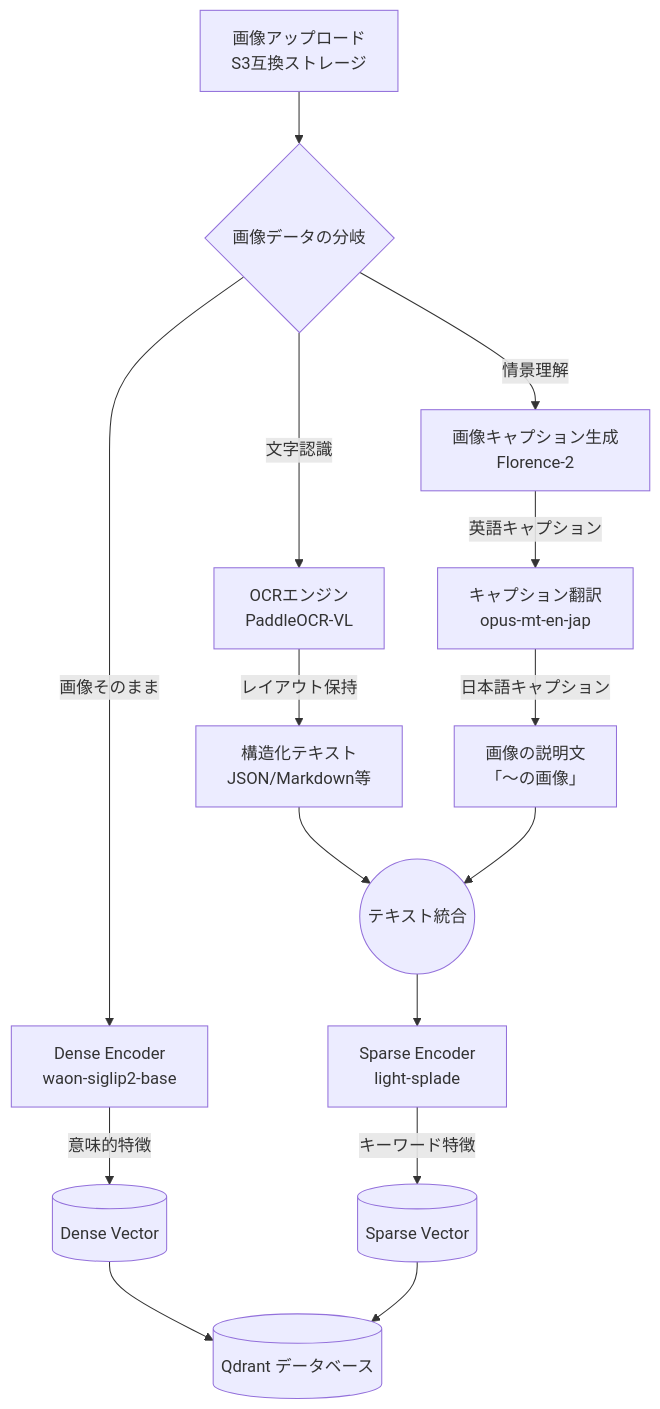
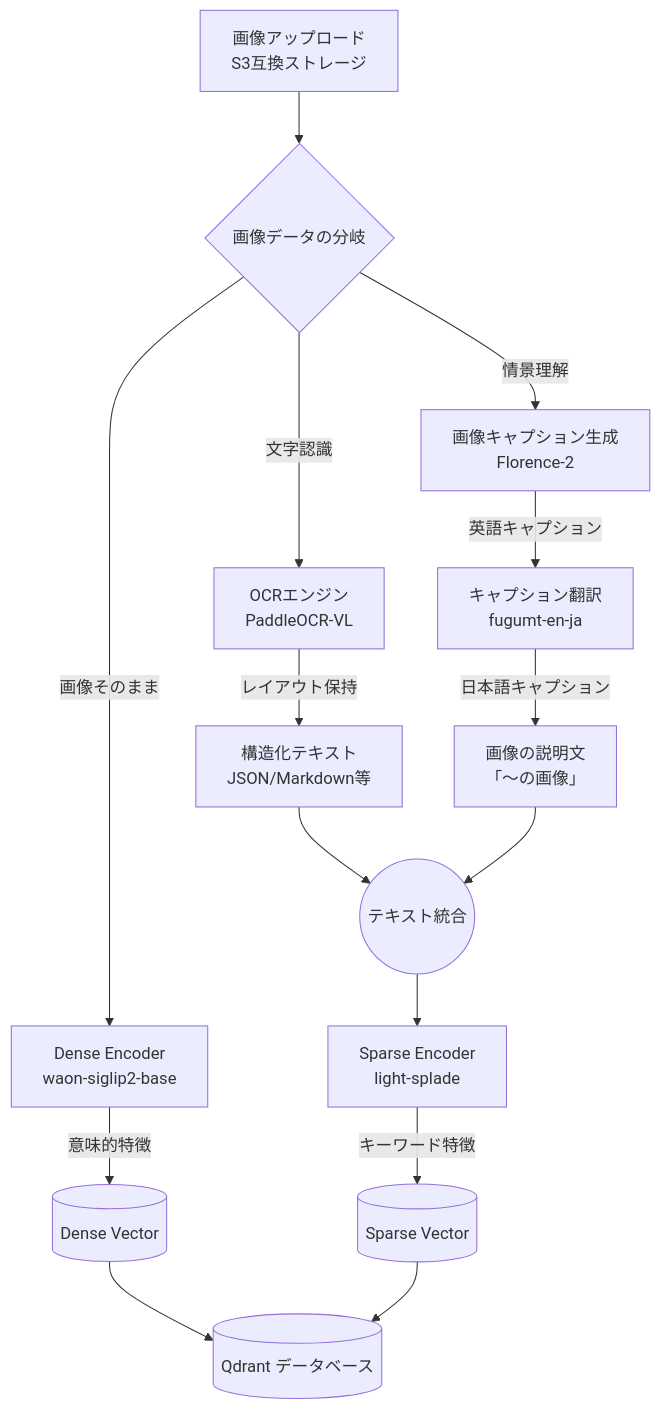
One commit to walnuts1018/picca-ai-prototype changed the first of 2 diagrams in docs/architecture.md. Above: the diagram before and after it, drawn with Mermaid. The commit also changed other lines of this file and 4 other files, not shown here.

````diff
--- a/docs/architecture.md
+++ b/docs/architecture.md
@@ -19,26 +19,26 @@
 ```mermaid
 graph TD
     A[画像アップロード<br/>S3互換ストレージ] --> B{画像データの分岐}
 
     %% Dense Vector生成ルート
     B -->|画像そのまま| C[Dense Encoder<br/>waon-siglip2-base]
     C -->|意味的特徴| D[(Dense Vector)]
 
     %% テキスト抽出・生成ルート
     B -->|文字認識| E[OCRエンジン<br/>PaddleOCR-VL]
     B -->|情景理解| F[画像キャプション生成<br/>Florence-2]
 
     E -->|レイアウト保持| G[構造化テキスト<br/>JSON/Markdown等]
-    F -->|英語キャプション| H1[キャプション翻訳<br/>opus-mt-en-jap]
+    F -->|英語キャプション| H1[キャプション翻訳<br/>fugumt-en-ja]
     H1 -->|日本語キャプション| H2[画像の説明文<br/>「〜の画像」]
 
     G --> I((テキスト統合))
     H2 --> I((テキスト統合))
 
     I --> J[Sparse Encoder<br/>light-splade]
     J -->|キーワード特徴| K[(Sparse Vector)]
 
     %% データベース保存
     D --> L[(Qdrant データベース)]
     K --> L[(Qdrant データベース)]
 ```
````
